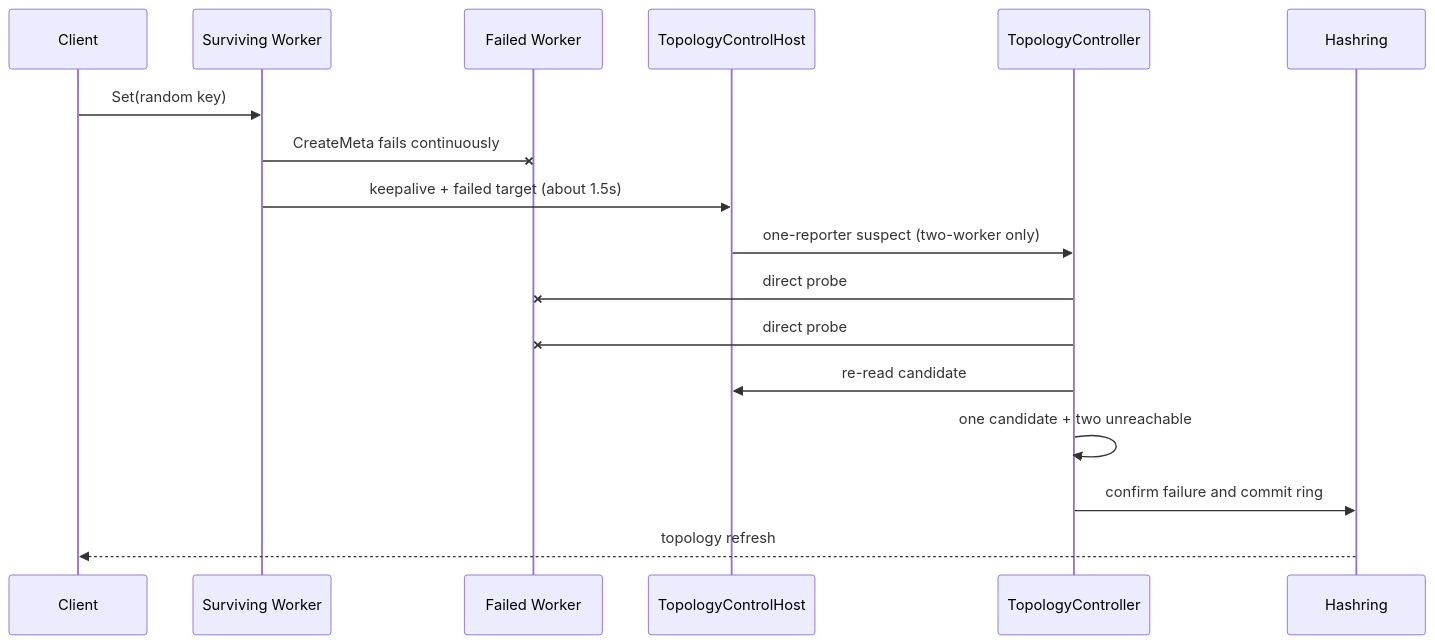
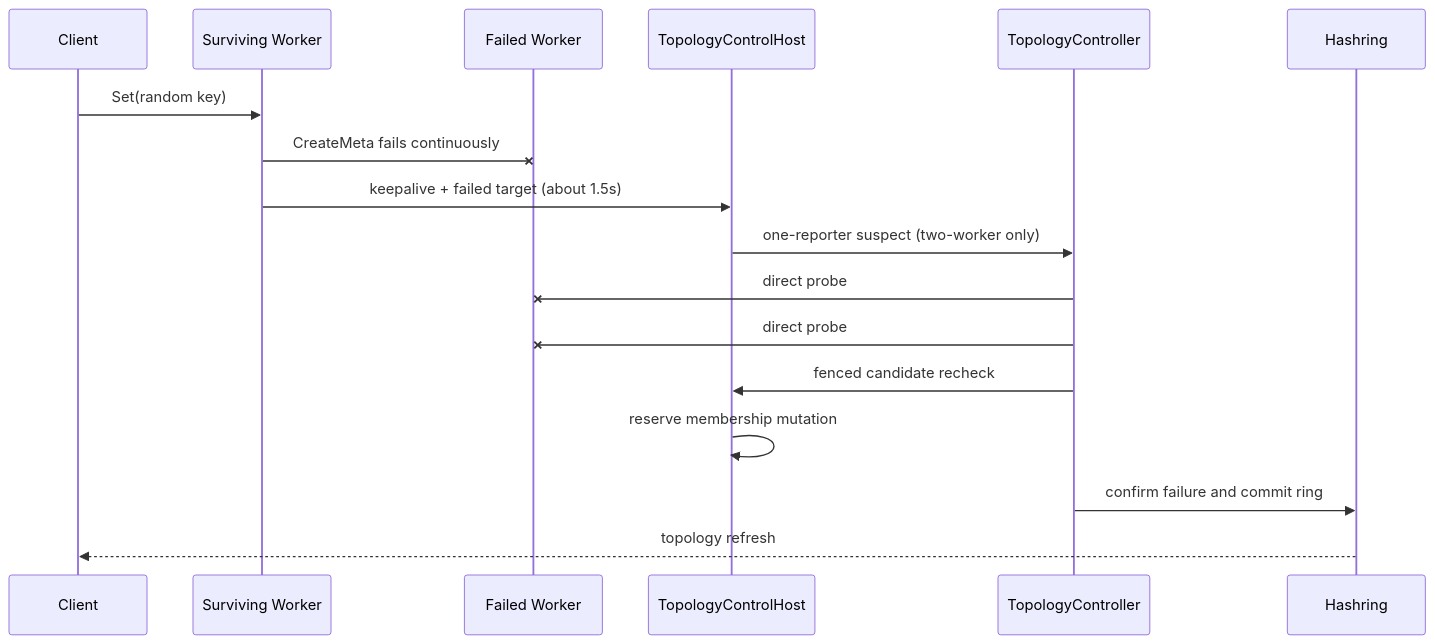
Before and after one commit to CheYulin/yuanrong-datasystem-agent-workbench: the diagram in rfc/2026-08-10-two-worker-active-isolation/README.md, drawn with Mermaid. The commit also changed other lines of this file, not shown here.

Commit message:
docs: harden two-worker isolation fence

````diff
--- a/rfc/2026-08-10-two-worker-active-isolation/README.md
+++ b/rfc/2026-08-10-two-worker-active-isolation/README.md
@@ -60,20 +61,20 @@
 ```mermaid
 sequenceDiagram
     participant C as Client
     participant W as Surviving Worker
     participant D as Failed Worker
     participant H as TopologyControlHost
     participant T as TopologyController
     participant R as Hashring
 
     C->>W: Set(random key)
     W-xD: CreateMeta fails continuously
     W->>H: keepalive + failed target (about 1.5s)
     H->>T: one-reporter suspect (two-worker only)
     T-xD: direct probe #1: unreachable
-    T-xD: direct probe #2: unreachable (>=500ms)
-    T->>H: re-read candidate
-    T->>T: one candidate + two unreachable
+    T-xD: direct probe #2: unreachable (>=750ms)
+    T->>H: fenced candidate recheck
+    H->>H: reserve membership mutation
     T->>R: confirm failure and commit ring
     R-->>C: topology refresh
 ```
````
